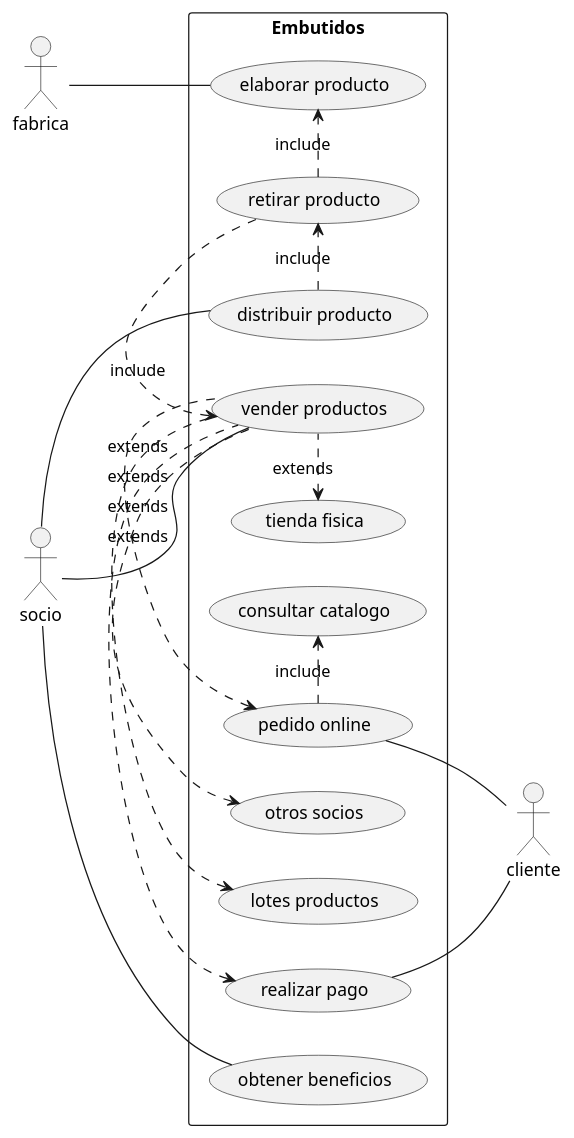
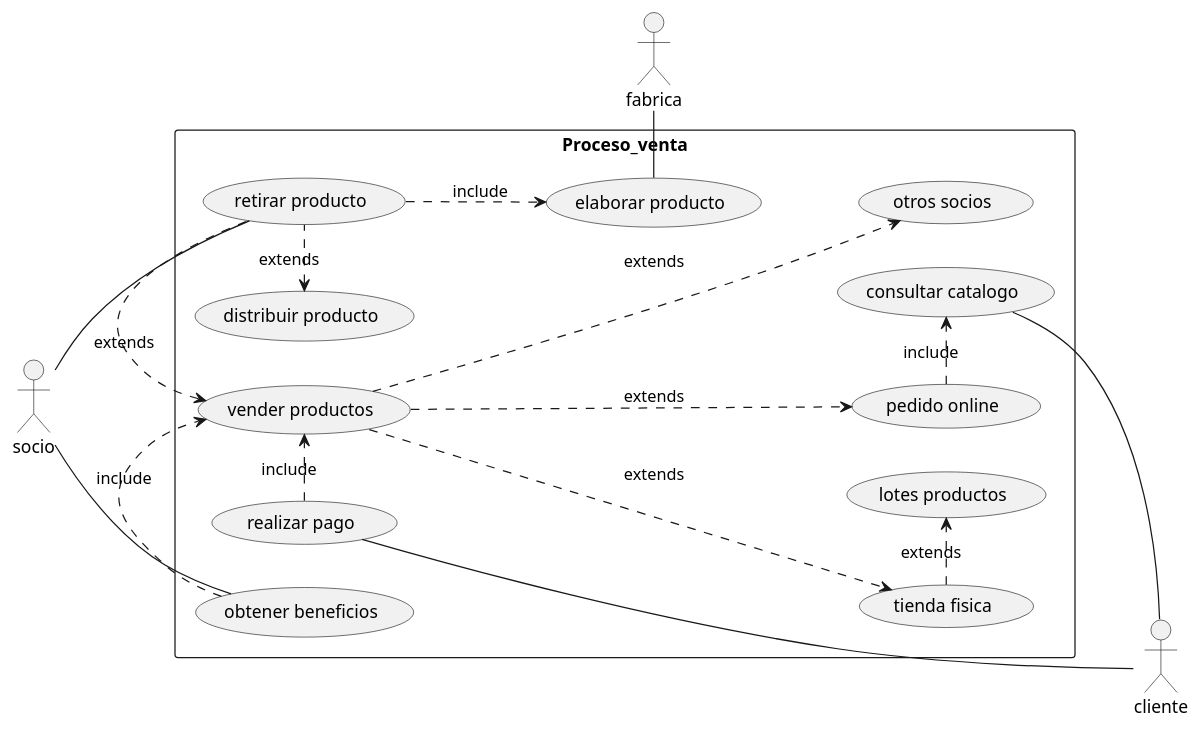
Before and after one commit to eliadotor/PCV06-10: the diagram in usecase/ejercicio1.puml, drawn with PlantUML.

Commit message:
Caso de uso fabrica actualizado

```diff
--- a/usecase/ejercicio1.puml
+++ b/usecase/ejercicio1.puml
@@ -1,24 +1,24 @@
 @startuml
 left to right direction
 skinparam packageStyle rectangle
 actor socio
 actor cliente
 actor fabrica
-rectangle Embutidos {
-  (elaborar producto) -up- fabrica
-  (retirar producto) .> (elaborar producto) : include
-  (distribuir producto) .> (retirar producto) : include
-  (vender productos) <. (retirar producto) : include
-  (tienda fisica) <. (vender productos) : extends
-  (pedido online) <. (vender productos) : extends
-  (otros socios) <. (vender productos) : extends
-  (lotes productos) <. (vender productos) : extends
+rectangle Proceso_venta {
+  (elaborar producto) -right- fabrica
+  (retirar producto) ..> (elaborar producto) : include
+  (distribuir producto) <. (retirar producto) : extends
+  (vender productos) <. (retirar producto) : extends
+  (vender productos) ...> (pedido online): extends
+  (vender productos) ...> (tienda fisica) : extends
+  (vender productos) ...> (otros socios) : extends
+  (tienda fisica) .> (lotes productos) : extends
   (pedido online) .> (consultar catalogo) : include
-  (realizar pago) <. (vender productos) : extends
-  socio -- (vender productos)
-  socio -- (distribuir producto)
+  (realizar pago) .> (vender productos) : include
+  socio -- (retirar producto)
   socio -- (obtener beneficios)
-  (pedido online) -- cliente
+  (obtener beneficios) .> (vender productos) : include
+  (consultar catalogo) -- cliente
   (realizar pago) - cliente
 }
 @enduml
```
